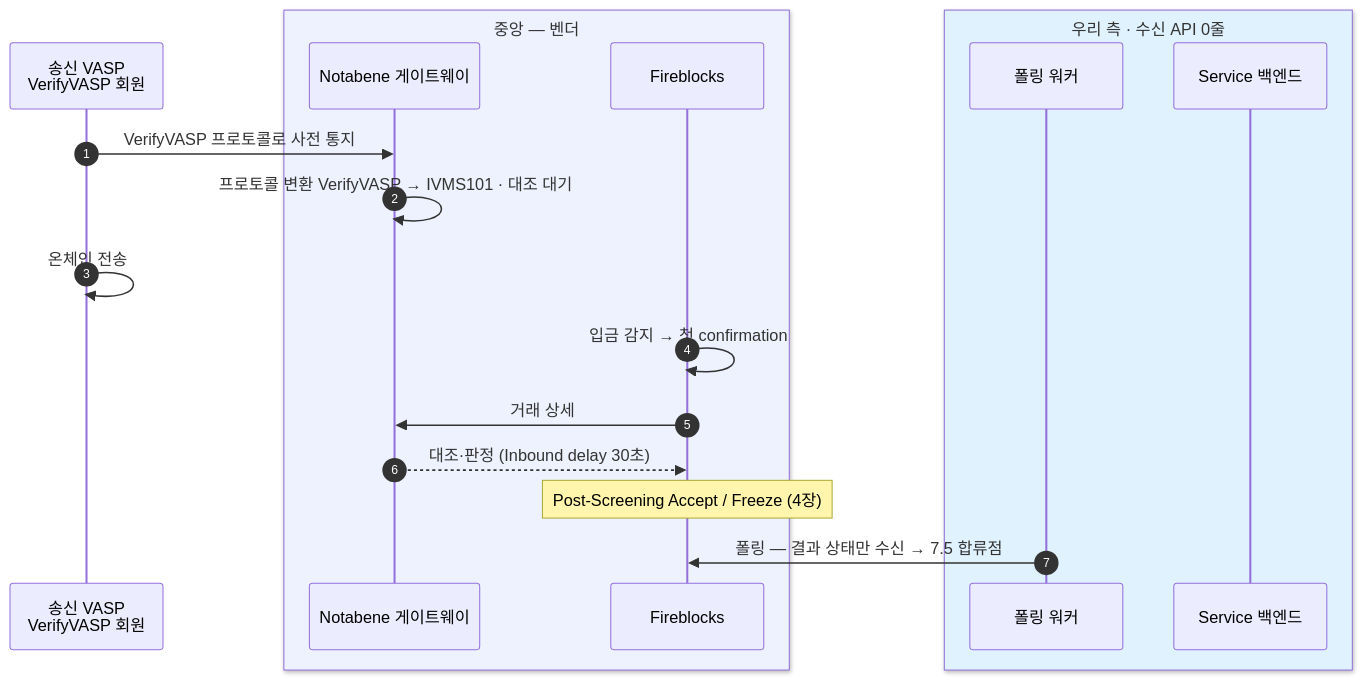
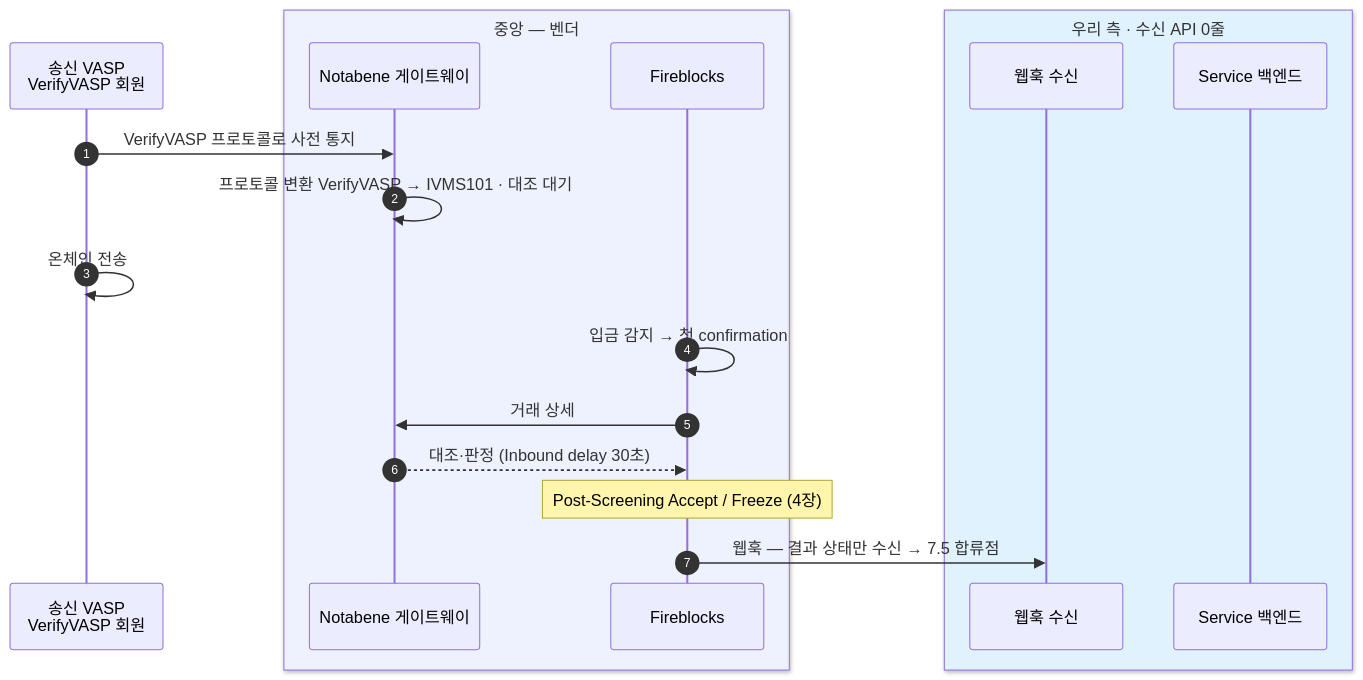
One commit to eunsujeo/eunpus changed the second of 2 diagrams in blockchain-manager/docs/트래블룰/설계/09-gateway-verifyvasp.md. Above: the diagram before and after it, drawn with Mermaid. The commit also changed other lines of this file and 31 other files, not shown here.

````diff
--- a/blockchain-manager/docs/트래블룰/설계/09-gateway-verifyvasp.md
+++ b/blockchain-manager/docs/트래블룰/설계/09-gateway-verifyvasp.md
@@ -55,22 +55,22 @@
 ```mermaid
 sequenceDiagram
     autonumber
     participant SV as 송신 VASP<br/>VerifyVASP 회원
     box rgb(238,242,255) 중앙 — 벤더
     participant NB as Notabene 게이트웨이
     participant FB as Fireblocks
     end
     box rgb(224,242,254) 우리 측 · 수신 API 0줄
-    participant PW as 폴링 워커
+    participant PW as 웹훅 수신
     participant BE as Service 백엔드
     end
 
     SV->>NB: VerifyVASP 프로토콜로 사전 통지
     NB->>NB: 프로토콜 변환 VerifyVASP → IVMS101 · 대조 대기
     SV->>SV: 온체인 전송
     FB->>FB: 입금 감지 → 첫 confirmation
     FB->>NB: 거래 상세
     NB-->>FB: 대조·판정 (Inbound delay 30초)
     Note over FB: Post-Screening Accept / Freeze (4장)
-    PW->>FB: 폴링 — 결과 상태만 수신 → 7.5 합류점
+    FB->>PW: 웹훅 — 결과 상태만 수신 → 7.5 합류점
 ```
````
